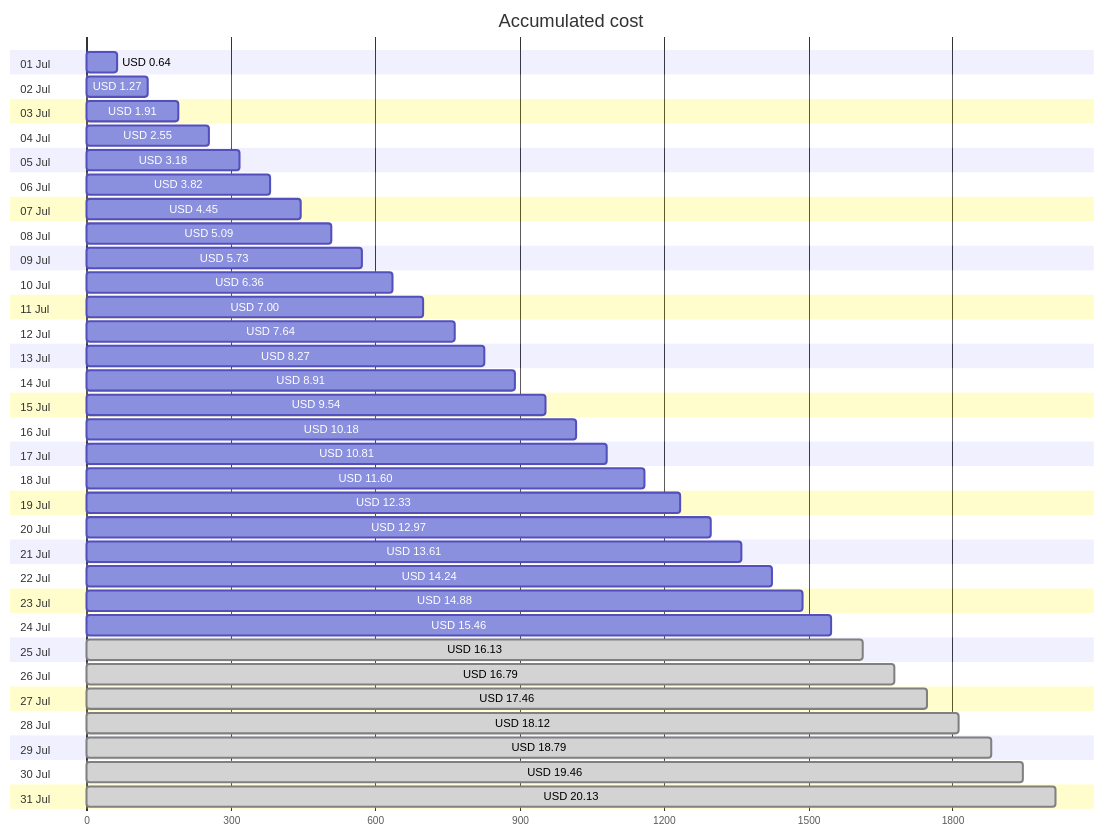
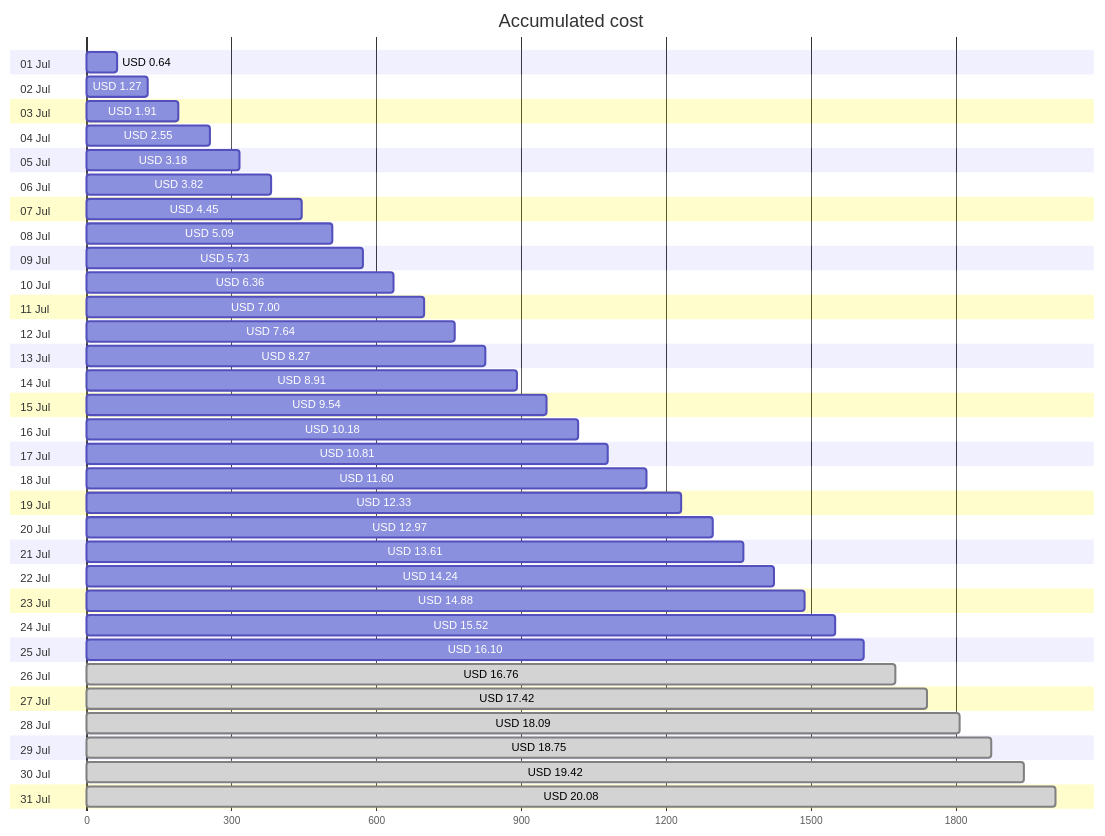
The first of 4 diagrams in cost-reports/accumulated-cost.md (jpfulton/azure-personal-reports), drawn with Mermaid before and after one commit. The commit also changed other lines of this file and 4 other files, not shown here.

````diff
--- a/cost-reports/accumulated-cost.md
+++ b/cost-reports/accumulated-cost.md
@@ -20,68 +20,68 @@
 ```mermaid
 gantt
    title Accumulated cost
    dateFormat  X
    axisFormat %s
    section 01 Jul
    USD 0.64 :0, 64
    section 02 Jul
    USD 1.27 :0, 127
    section 03 Jul
    USD 1.91 :0, 191
    section 04 Jul
    USD 2.55 :0, 255
    section 05 Jul
    USD 3.18 :0, 318
    section 06 Jul
    USD 3.82 :0, 382
    section 07 Jul
    USD 4.45 :0, 445
    section 08 Jul
    USD 5.09 :0, 509
    section 09 Jul
    USD 5.73 :0, 573
    section 10 Jul
    USD 6.36 :0, 636
    section 11 Jul
    USD 7.00 :0, 700
    section 12 Jul
    USD 7.64 :0, 764
    section 13 Jul
    USD 8.27 :0, 827
    section 14 Jul
    USD 8.91 :0, 891
    section 15 Jul
    USD 9.54 :0, 954
    section 16 Jul
    USD 10.18 :0, 1018
    section 17 Jul
    USD 10.81 :0, 1081
    section 18 Jul
    USD 11.60 :0, 1160
    section 19 Jul
    USD 12.33 :0, 1233
    section 20 Jul
    USD 12.97 :0, 1297
    section 21 Jul
    USD 13.61 :0, 1361
    section 22 Jul
    USD 14.24 :0, 1424
    section 23 Jul
    USD 14.88 :0, 1488
    section 24 Jul
-   USD 15.46 :0, 1546
+   USD 15.52 :0, 1552
    section 25 Jul
-   USD 16.13 : done, 0, 1613
+   USD 16.10 :0, 1610
    section 26 Jul
-   USD 16.79 : done, 0, 1679
+   USD 16.76 : done, 0, 1676
    section 27 Jul
-   USD 17.46 : done, 0, 1746
+   USD 17.42 : done, 0, 1742
    section 28 Jul
-   USD 18.12 : done, 0, 1812
+   USD 18.09 : done, 0, 1809
    section 29 Jul
-   USD 18.79 : done, 0, 1879
+   USD 18.75 : done, 0, 1875
    section 30 Jul
-   USD 19.46 : done, 0, 1946
+   USD 19.42 : done, 0, 1942
    section 31 Jul
-   USD 20.13 : done, 0, 2013
+   USD 20.08 : done, 0, 2008
 ```
````
